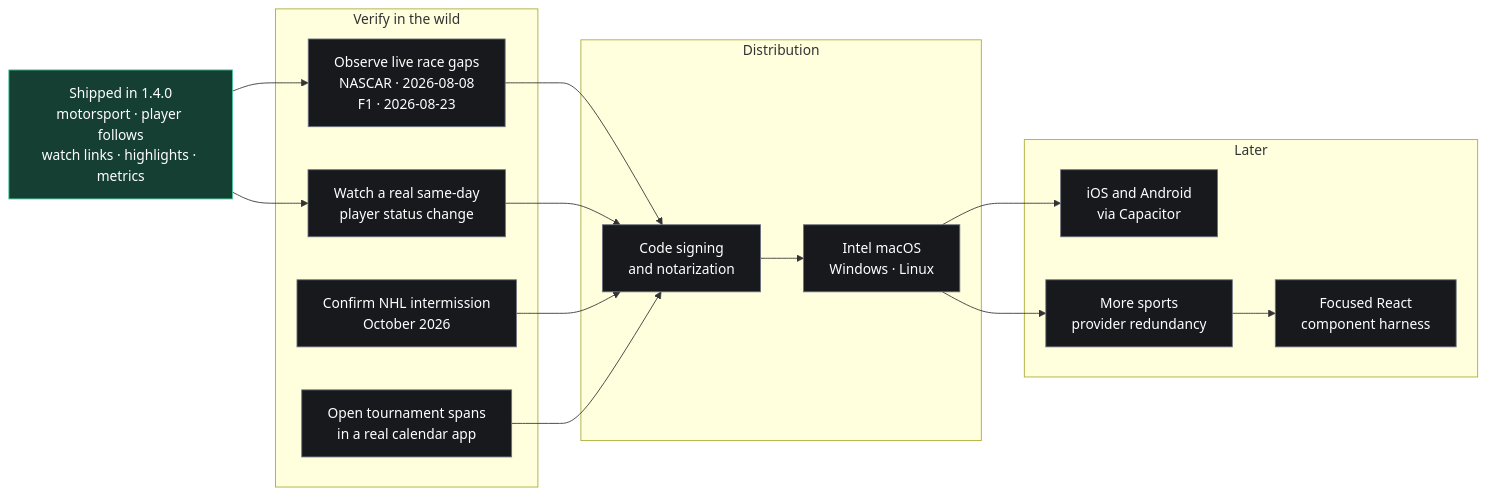
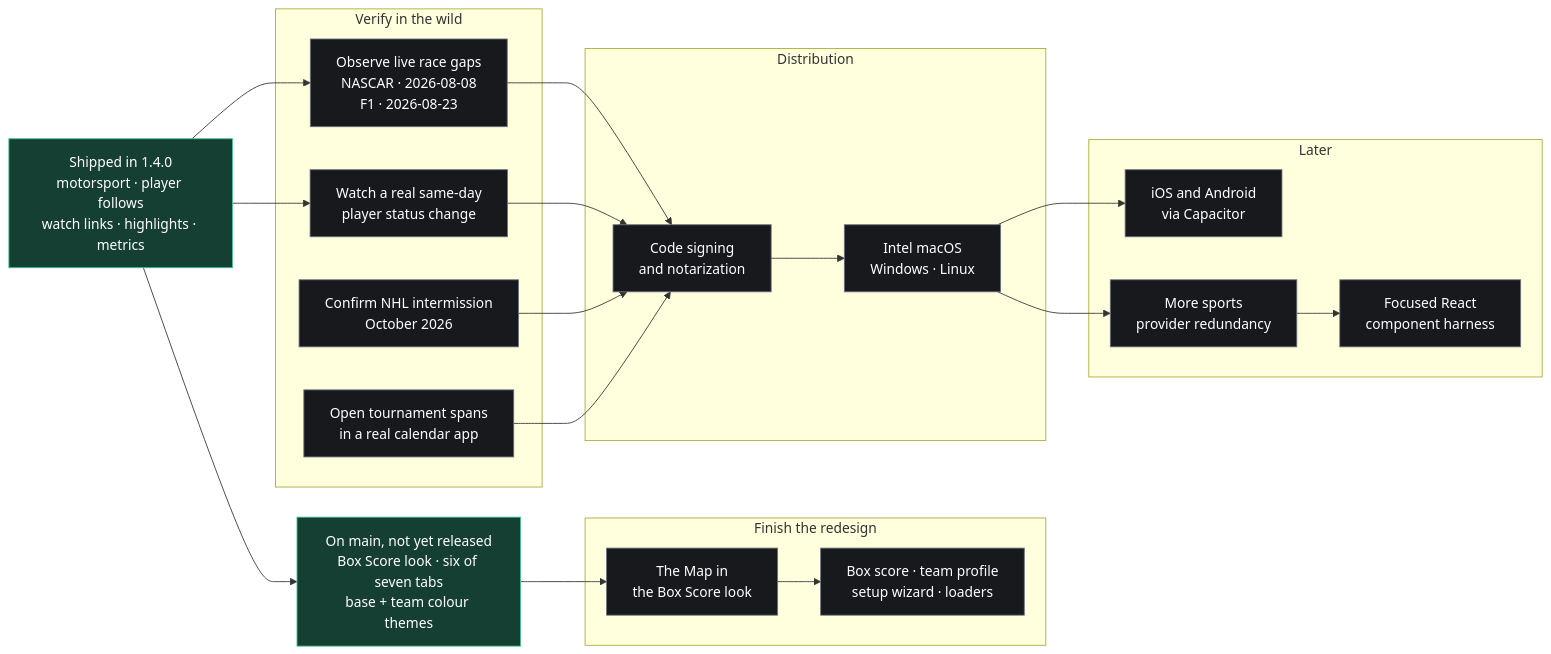
Before and after one commit to Mpawlowski5467/SportsDash: the diagram in ROADMAP.md, drawn with Mermaid. The commit also changed other lines of this file, not shown here.

First line of the commit message:
Bring the roadmap up to date with the redesign

````diff
--- a/ROADMAP.md
+++ b/ROADMAP.md
@@ -17,36 +17,45 @@
 ```mermaid
 flowchart LR
     shipped["Shipped in 1.4.0<br/>motorsport · player follows<br/>watch links · highlights · metrics"]:::done
+    redrawn["On main, not yet released<br/>Box Score look · six of seven tabs<br/>base + team colour themes"]:::done
+
+    subgraph redesign["Finish the redesign"]
+        mapview["The Map in<br/>the Box Score look"]
+        surfaces["Box score · team profile<br/>setup wizard · loaders"]
+    end
 
     subgraph verify["Verify in the wild"]
         race["Observe live race gaps<br/>NASCAR · 2026-08-08<br/>F1 · 2026-08-23"]
         roster["Watch a real same-day<br/>player status change"]
         nhl["Confirm NHL intermission<br/>October 2026"]
         calendar["Open tournament spans<br/>in a real calendar app"]
     end
 
     subgraph distribute["Distribution"]
         signing["Code signing<br/>and notarization"]
         targets["Intel macOS<br/>Windows · Linux"]
     end
 
     subgraph later["Later"]
         mobile["iOS and Android<br/>via Capacitor"]
         providers["More sports<br/>provider redundancy"]
         components["Focused React<br/>component harness"]
     end
 
+    shipped --> redrawn
+    redrawn --> mapview
+    mapview --> surfaces
     shipped --> race
     shipped --> roster
     race --> signing
     roster --> signing
     nhl --> signing
     calendar --> signing
     signing --> targets
     targets --> mobile
     targets --> providers
     providers --> components
 
     classDef done fill:#163f34,stroke:#46c59a,color:#fff
     classDef default fill:#17191d,stroke:#6b7280,color:#fff
 ```
````
